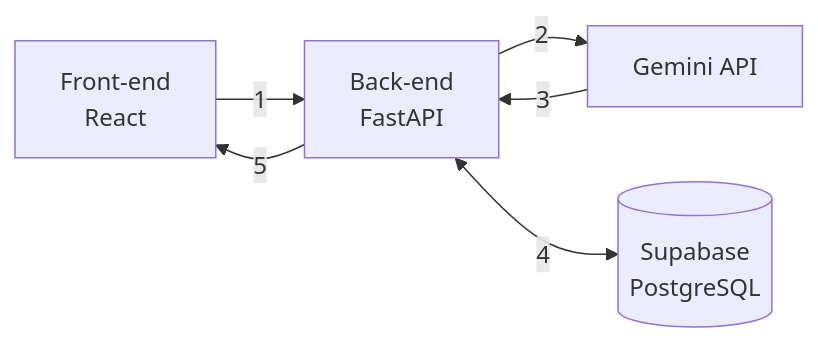
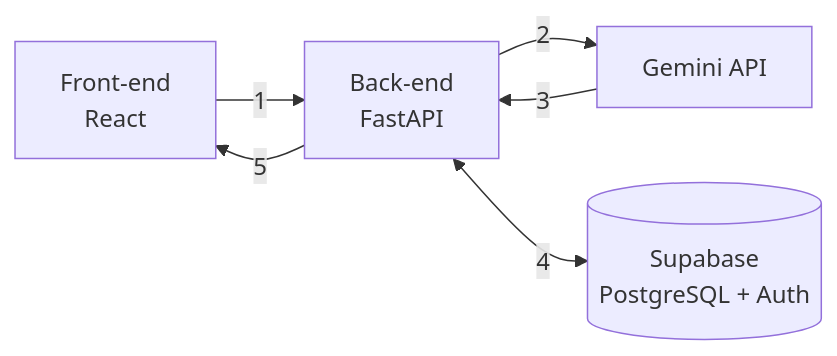
Before and after one commit to FMU-Tech-Inovacao-2026-2/pitchInicial: the diagram in docs/checkpoint-1-documento-de-ideacao.md, drawn with Mermaid. The commit also changed other lines of this file and 11 other files, not shown here.

````diff
--- a/docs/checkpoint-1-documento-de-ideacao.md
+++ b/docs/checkpoint-1-documento-de-ideacao.md
@@ -61,8 +117,8 @@
 ```mermaid
 flowchart LR
     F["Front-end<br/>React"] -- "1" --> B["Back-end<br/>FastAPI"]
     B -- "2" --> G["Gemini API"]
     G -- "3" --> B
-    B <-- "4" --> S[("Supabase<br/>PostgreSQL")]
+    B <-- "4" --> S[("Supabase<br/>PostgreSQL + Auth")]
     B -- "5" --> F
 ```
````
